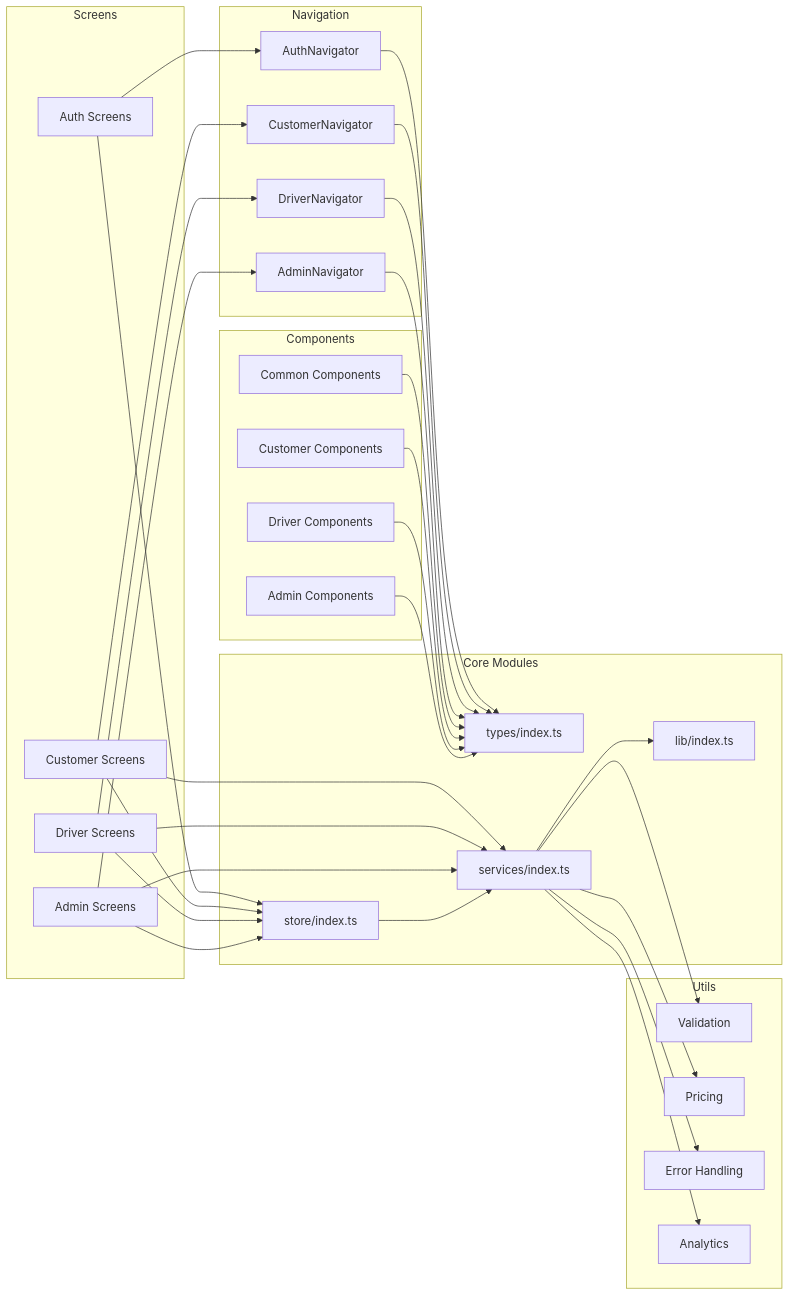
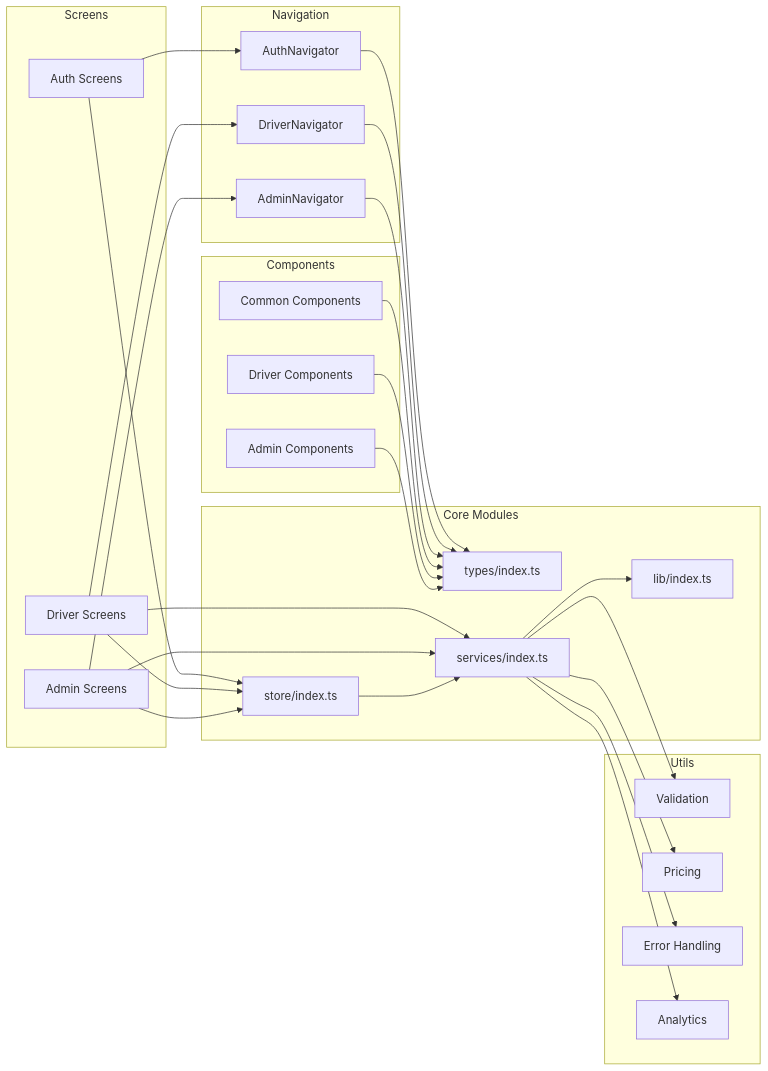
Before and after one commit to ShubhamRRana/WaterTankerAppv1: the fifth of 5 diagrams in README.md, drawn with Mermaid. The commit also changed other lines of this file and 1 other file, not shown here.

````diff
--- a/README.md
+++ b/README.md
@@ -402,68 +412,60 @@
 ```mermaid
 graph LR
     subgraph "Core Modules"
         A[types/index.ts]
         B[lib/index.ts]
         C[store/index.ts]
         D[services/index.ts]
     end
     
     subgraph "Navigation"
         E[AuthNavigator]
-        F[CustomerNavigator]
         G[DriverNavigator]
         H[AdminNavigator]
     end
     
     subgraph "Screens"
         I[Auth Screens]
-        J[Customer Screens]
         K[Driver Screens]
         L[Admin Screens]
     end
     
     subgraph "Components"
         M[Common Components]
-        N[Customer Components]
         O[Driver Components]
         P[Admin Components]
     end
     
     subgraph "Utils"
         Q[Validation]
         R[Pricing]
         S[Error Handling]
         T[Analytics]
     end
     
     I --> E
-    J --> F
     K --> G
     L --> H
     
     E --> A
-    F --> A
     G --> A
     H --> A
     
     I --> C
-    J --> C
     K --> C
     L --> C
     
-    J --> D
     K --> D
     L --> D
     
     M --> A
-    N --> A
     O --> A
     P --> A
     
     D --> B
     C --> D
     D --> Q
     D --> R
     D --> S
     D --> T
 ```
````
